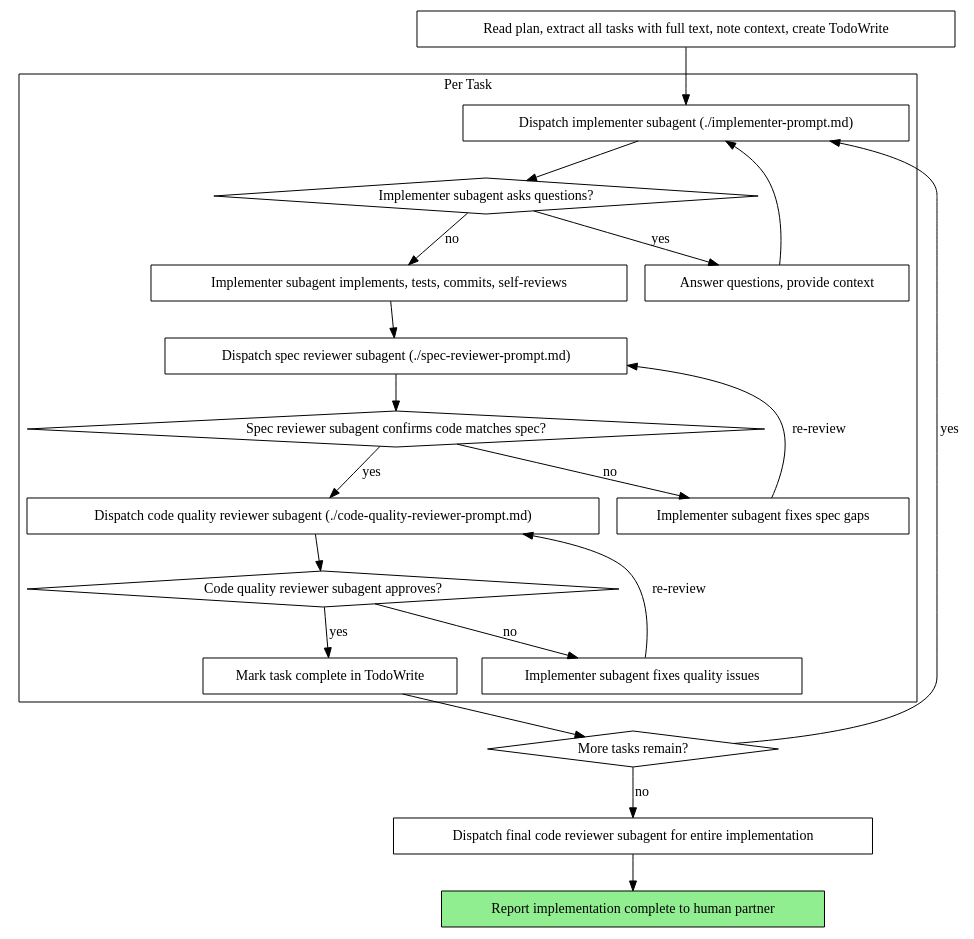
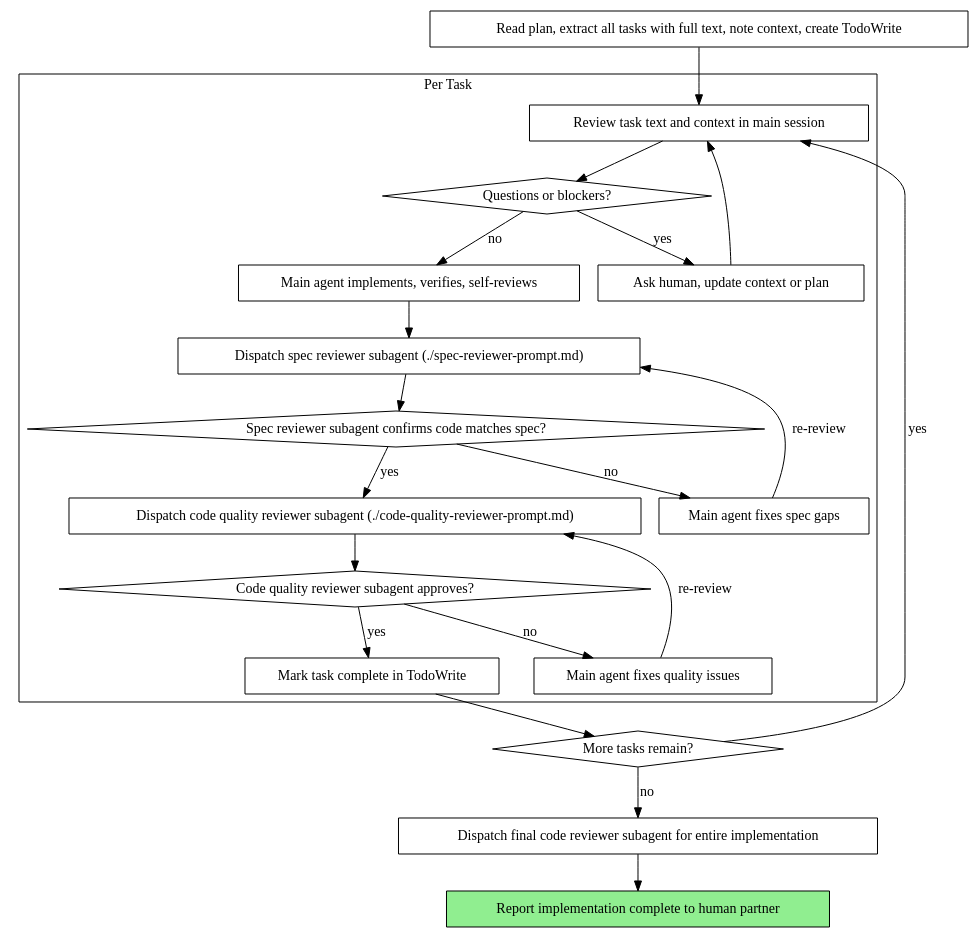
The second of 2 diagrams in skills/subagent-driven-development/SKILL.md (chitao1234/superpowers), drawn with Graphviz before and after one commit. The commit also changed other lines of this file and 5 other files, not shown here.

Commit message:
remove implementer agent

````diff
--- a/skills/subagent-driven-development/SKILL.md
+++ b/skills/subagent-driven-development/SKILL.md
@@ -46,44 +47,44 @@
 ```dot
 digraph process {
     rankdir=TB;
 
     subgraph cluster_per_task {
         label="Per Task";
-        "Dispatch implementer subagent (./implementer-prompt.md)" [shape=box];
-        "Implementer subagent asks questions?" [shape=diamond];
-        "Answer questions, provide context" [shape=box];
-        "Implementer subagent implements, tests, commits, self-reviews" [shape=box];
+        "Review task text and context in main session" [shape=box];
+        "Questions or blockers?" [shape=diamond];
+        "Ask human, update context or plan" [shape=box];
+        "Main agent implements, verifies, self-reviews" [shape=box];
         "Dispatch spec reviewer subagent (./spec-reviewer-prompt.md)" [shape=box];
         "Spec reviewer subagent confirms code matches spec?" [shape=diamond];
-        "Implementer subagent fixes spec gaps" [shape=box];
+        "Main agent fixes spec gaps" [shape=box];
         "Dispatch code quality reviewer subagent (./code-quality-reviewer-prompt.md)" [shape=box];
         "Code quality reviewer subagent approves?" [shape=diamond];
-        "Implementer subagent fixes quality issues" [shape=box];
+        "Main agent fixes quality issues" [shape=box];
         "Mark task complete in TodoWrite" [shape=box];
     }
 
     "Read plan, extract all tasks with full text, note context, create TodoWrite" [shape=box];
     "More tasks remain?" [shape=diamond];
     "Dispatch final code reviewer subagent for entire implementation" [shape=box];
     "Report implementation complete to human partner" [shape=box style=filled fillcolor=lightgreen];
 
-    "Read plan, extract all tasks with full text, note context, create TodoWrite" -> "Dispatch implementer subagent (./implementer-prompt.md)";
-    "Dispatch implementer subagent (./implementer-prompt.md)" -> "Implementer subagent asks questions?";
-    "Implementer subagent asks questions?" -> "Answer questions, provide context" [label="yes"];
-    "Answer questions, provide context" -> "Dispatch implementer subagent (./implementer-prompt.md)";
-    "Implementer subagent asks questions?" -> "Implementer subagent implements, tests, commits, self-reviews" [label="no"];
-    "Implementer subagent implements, tests, commits, self-reviews" -> "Dispatch spec reviewer subagent (./spec-reviewer-prompt.md)";
+    "Read plan, extract all tasks with full text, note context, create TodoWrite" -> "Review task text and context in main session";
+    "Review task text and context in main session" -> "Questions or blockers?";
+    "Questions or blockers?" -> "Ask human, update context or plan" [label="yes"];
+    "Ask human, update context or plan" -> "Review task text and context in main session";
+    "Questions or blockers?" -> "Main agent implements, verifies, self-reviews" [label="no"];
+    "Main agent implements, verifies, self-reviews" -> "Dispatch spec reviewer subagent (./spec-reviewer-prompt.md)";
     "Dispatch spec reviewer subagent (./spec-reviewer-prompt.md)" -> "Spec reviewer subagent confirms code matches spec?";
-    "Spec reviewer subagent confirms code matches spec?" -> "Implementer subagent fixes spec gaps" [label="no"];
-    "Implementer subagent fixes spec gaps" -> "Dispatch spec reviewer subagent (./spec-reviewer-prompt.md)" [label="re-review"];
+    "Spec reviewer subagent confirms code matches spec?" -> "Main agent fixes spec gaps" [label="no"];
+    "Main agent fixes spec gaps" -> "Dispatch spec reviewer subagent (./spec-reviewer-prompt.md)" [label="re-review"];
     "Spec reviewer subagent confirms code matches spec?" -> "Dispatch code quality reviewer subagent (./code-quality-reviewer-prompt.md)" [label="yes"];
     "Dispatch code quality reviewer subagent (./code-quality-reviewer-prompt.md)" -> "Code quality reviewer subagent approves?";
-    "Code quality reviewer subagent approves?" -> "Implementer subagent fixes quality issues" [label="no"];
-    "Implementer subagent fixes quality issues" -> "Dispatch code quality reviewer subagent (./code-quality-reviewer-prompt.md)" [label="re-review"];
+    "Code quality reviewer subagent approves?" -> "Main agent fixes quality issues" [label="no"];
+    "Main agent fixes quality issues" -> "Dispatch code quality reviewer subagent (./code-quality-reviewer-prompt.md)" [label="re-review"];
     "Code quality reviewer subagent approves?" -> "Mark task complete in TodoWrite" [label="yes"];
     "Mark task complete in TodoWrite" -> "More tasks remain?";
-    "More tasks remain?" -> "Dispatch implementer subagent (./implementer-prompt.md)" [label="yes"];
+    "More tasks remain?" -> "Review task text and context in main session" [label="yes"];
     "More tasks remain?" -> "Dispatch final code reviewer subagent for entire implementation" [label="no"];
     "Dispatch final code reviewer subagent for entire implementation" -> "Report implementation complete to human partner";
 }
 ```
````
